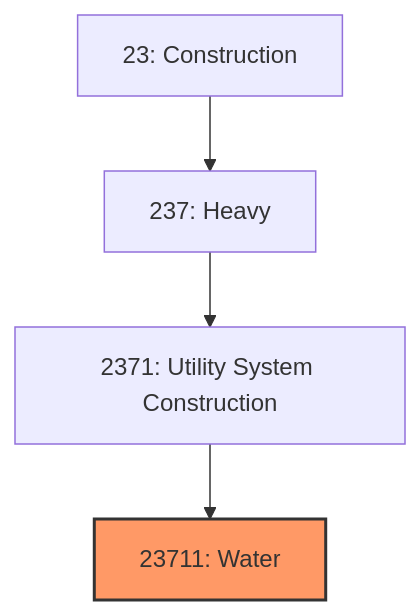
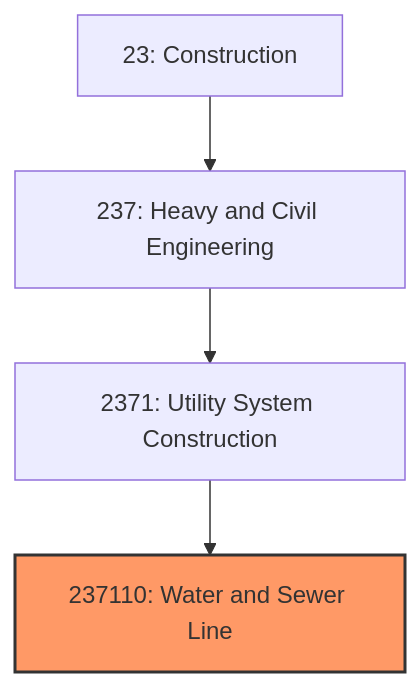
Before and after one commit to kziemski/business.org.ai: the first of 3 diagrams in industries/Construction/CivilEngineeringConstruction/UtilitySystemConstruction/Water.mdx, drawn with Mermaid. The commit also changed other lines of this file and 67 other files, not shown here.

````diff
--- a/industries/Construction/CivilEngineeringConstruction/UtilitySystemConstruction/Water.mdx
+++ b/industries/Construction/CivilEngineeringConstruction/UtilitySystemConstruction/Water.mdx
@@ -20,8 +35,8 @@
 ```mermaid
 graph TD
     S23["23: Construction"]
-    S23 --> N237["237: Heavy"]
+    S23 --> N237["237: Heavy and Civil Engineering"]
     N237 --> N2371["2371: Utility System Construction"]
-    N2371 --> N23711["23711: Water"]
-    style N23711 fill:#f96,stroke:#333,stroke-width:2px
+    N2371 --> N237110["237110: Water and Sewer Line"]
+    style N237110 fill:#f96,stroke:#333,stroke-width:2px
 ```
````
